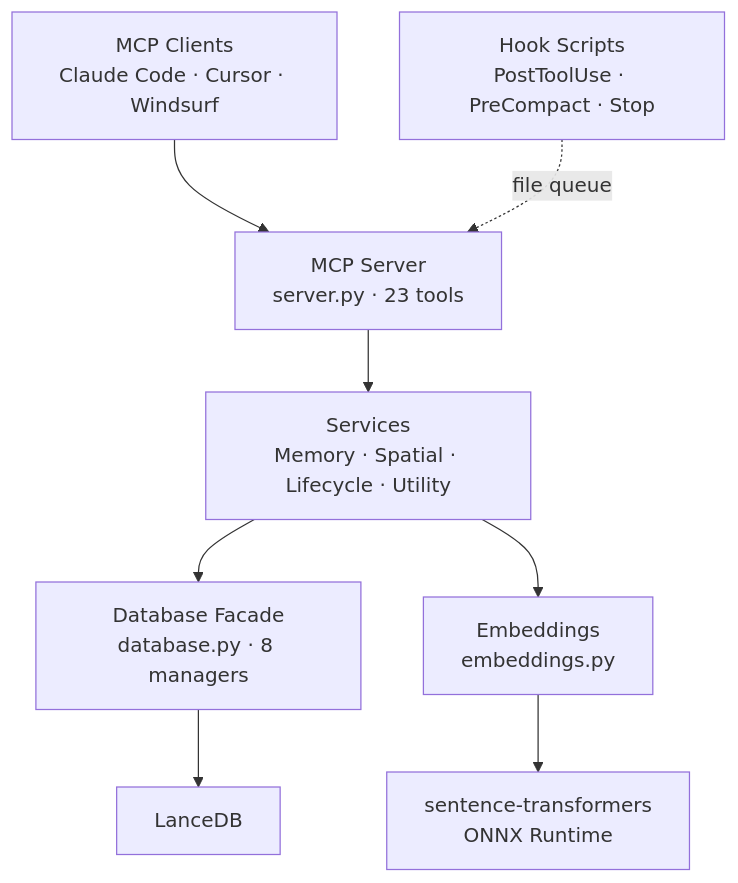
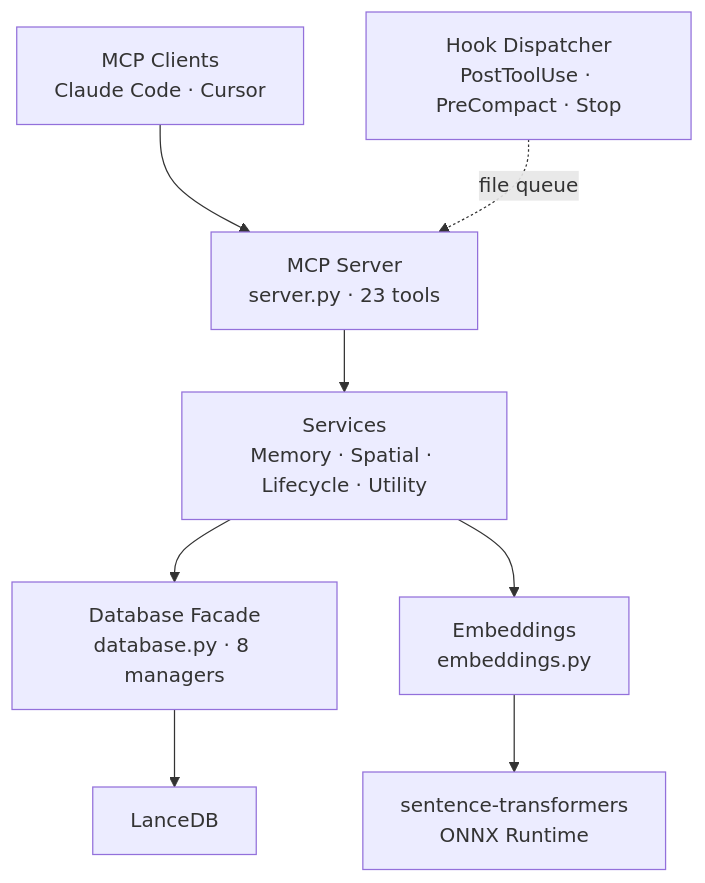
Before and after one commit to arman-tech/spatial-memory-mcp: the diagram in README.md, drawn with Mermaid. The commit also changed other lines of this file and 52 other files, not shown here.

First line of the commit message:
Unified hooks CLI with Cursor compatibility fixes (#11)

````diff
--- a/README.md
+++ b/README.md
@@ -204,10 +202,10 @@
 ```mermaid
 graph TD
-    Client["MCP Clients<br>Claude Code · Cursor · Windsurf"] --> Server["MCP Server<br>server.py · 23 tools"]
-    Hooks["Hook Scripts<br>PostToolUse · PreCompact · Stop"] -.->|file queue| Server
+    Client["MCP Clients<br>Claude Code · Cursor"] --> Server["MCP Server<br>server.py · 23 tools"]
+    Hooks["Hook Dispatcher<br>PostToolUse · PreCompact · Stop"] -.->|file queue| Server
     Server --> Services["Services<br>Memory · Spatial · Lifecycle · Utility"]
     Services --> DB["Database Facade<br>database.py · 8 managers"]
     Services --> Emb["Embeddings<br>embeddings.py"]
     DB --> Lance["LanceDB"]
     Emb --> ST["sentence-transformers<br>ONNX Runtime"]
 ```
````
